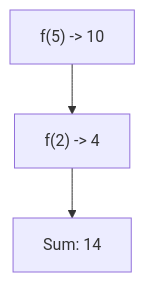
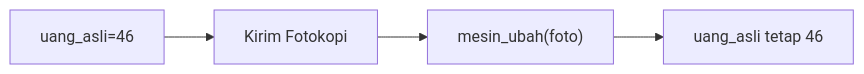
Before and after one commit to amnahwaida/OSNK_INF_PREP: the sixth of 25 diagrams in part-c-pemahaman-cpp/04-fungsi/latihan/set-08.md, drawn with Mermaid. The commit also changed other lines of this file and 71 other files, not shown here.

````diff
--- a/part-c-pemahaman-cpp/04-fungsi/latihan/set-08.md
+++ b/part-c-pemahaman-cpp/04-fungsi/latihan/set-08.md
@@ -155,5 +161,6 @@
 ```mermaid
-graph TD
-A["f(5) -> 10"] --> B["f(2) -> 4"]
-B --> C["Sum: 14"]
+graph LR
+A["uang_asli=46"] --> B["Kirim Fotokopi"]
+B --> C["mesin_ubah(foto)"]
+C --> D["uang_asli tetap 46"]
 ```
````
